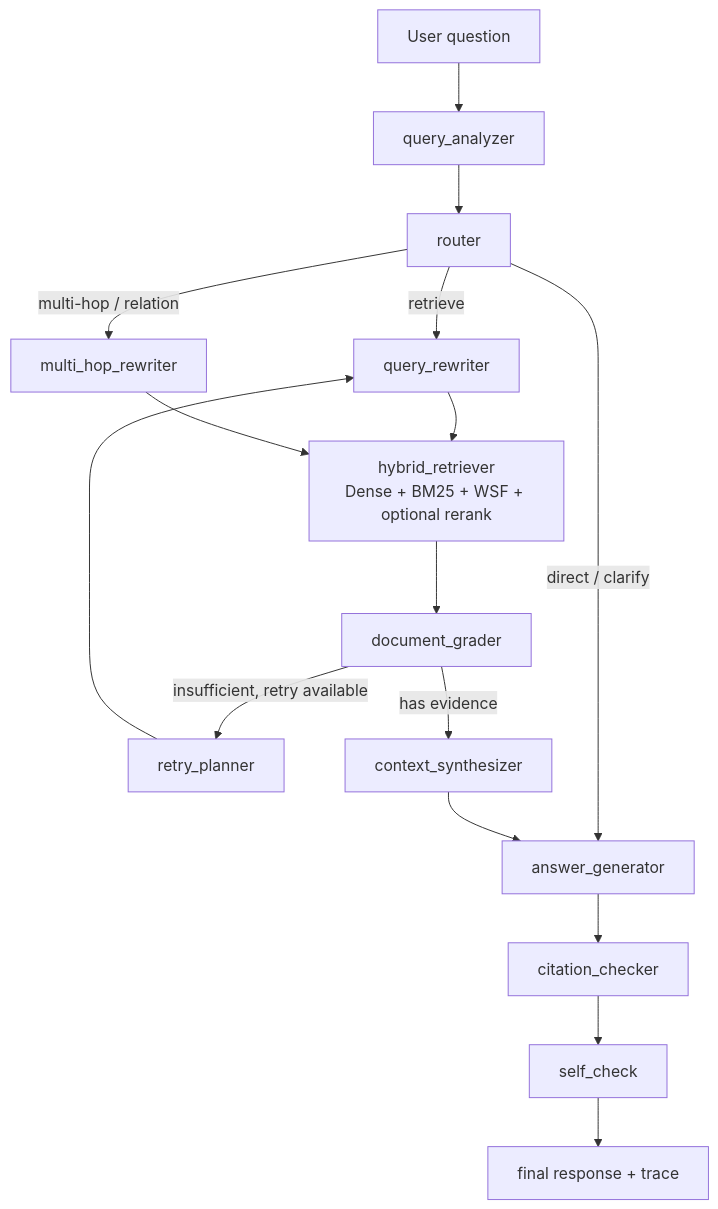
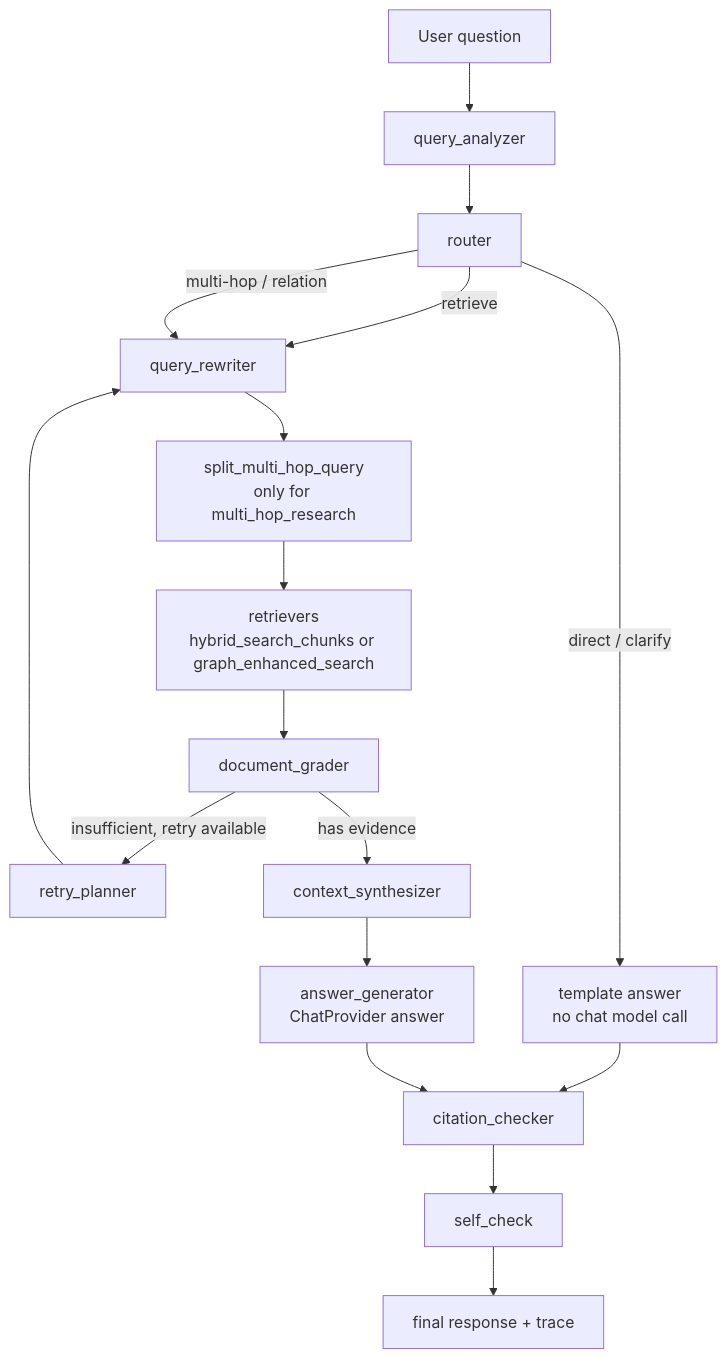
One commit to Sggggt/DialoGraph changed the seventh of 7 diagrams in README.md. Above: the diagram before and after it, drawn with Mermaid. The commit also changed other lines of this file and 45 other files, not shown here.

````diff
--- a/README.md
+++ b/README.md
@@ -253,18 +257,19 @@
 ```mermaid
 flowchart TB
     Q["User question"] --> ANALYZE["query_analyzer"]
     ANALYZE --> ROUTER["router"]
-    ROUTER -->|"direct / clarify"| ANSWER["answer_generator"]
+    ROUTER -->|"direct / clarify"| TEMPLATE["template answer<br/>no chat model call"]
     ROUTER -->|"retrieve"| REWRITE["query_rewriter"]
-    ROUTER -->|"multi-hop / relation"| MULTIHOP["multi_hop_rewriter"]
-    REWRITE --> RETRIEVE["hybrid_retriever<br/>Dense + BM25 + WSF + optional rerank"]
-    MULTIHOP --> RETRIEVE
+    ROUTER -->|"multi-hop / relation"| REWRITE
+    REWRITE --> SPLIT["split_multi_hop_query<br/>only for multi_hop_research"]
+    SPLIT --> RETRIEVE["retrievers<br/>hybrid_search_chunks or graph_enhanced_search"]
     RETRIEVE --> GRADE["document_grader"]
     GRADE -->|"insufficient, retry available"| RETRY["retry_planner"]
     RETRY --> REWRITE
     GRADE -->|"has evidence"| CONTEXT["context_synthesizer"]
-    CONTEXT --> ANSWER
+    CONTEXT --> ANSWER["answer_generator<br/>ChatProvider answer"]
+    TEMPLATE --> CITE["citation_checker"]
     ANSWER --> CITE["citation_checker"]
     CITE --> SELF["self_check"]
     SELF --> FINAL["final response + trace"]
 ```
````
